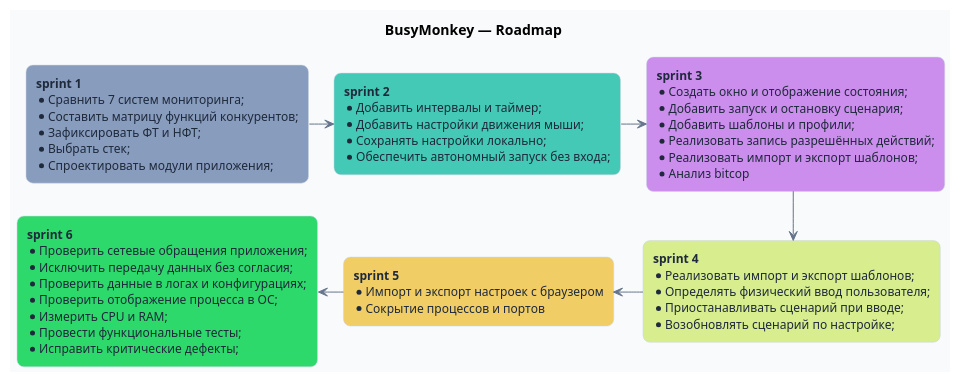
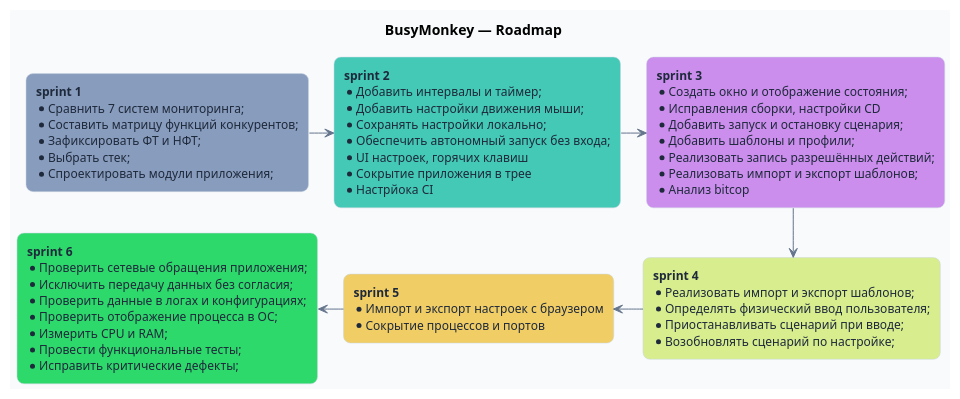
Before and after one commit to sovesti/busymonkey: the diagram in diagrams/raw diagrams/roadmap2.puml, drawn with PlantUML. The commit also changed 1 other file, not shown here.

Commit message:
small changes to roadmap

```diff
--- a/diagrams/raw diagrams/roadmap2.puml
+++ b/diagrams/raw diagrams/roadmap2.puml
@@ -1,84 +1,88 @@
 @startuml
 title BusyMonkey — Roadmap
 
 skinparam backgroundColor #F8FAFC
 skinparam shadowing false
 skinparam roundcorner 14
 skinparam defaultFontName Arial
 skinparam defaultFontSize 12
 skinparam ArrowColor #64748B
 skinparam componentStyle rectangle
 skinparam linetype ortho
 skinparam nodesep 25
 skinparam ranksep 25
 
 skinparam component {
   BorderColor #CBD5E1
   FontColor #1E293B
 }
 
 component S1 #889cbd [
   **sprint 1**
   *Сравнить 7 систем мониторинга;
   *Составить матрицу функций конкурентов;
   *Зафиксировать ФТ и НФТ;
   *Выбрать стек;
   *Спроектировать модули приложения;
 ]
 
 component S2 #44c9b6 [
   **sprint 2**
   *Добавить интервалы и таймер;
   *Добавить настройки движения мыши;
   *Сохранять настройки локально;
   *Обеспечить автономный запуск без входа;
+  *UI настроек, горячих клавиш
+  *Сокрытие приложения в трее
+  *Настрйока CI
 ]
 
 component S3 #cc8eed [
   **sprint 3**
   *Создать окно и отображение состояния;
+  *Исправления сборки, настройки CD
   *Добавить запуск и остановку сценария;
   *Добавить шаблоны и профили;
   *Реализовать запись разрешённых действий;
   *Реализовать импорт и экспорт шаблонов;
   *Анализ bitcop
 ]
 
 component S4 #d7ed8e [
   **sprint 4**
   *Реализовать импорт и экспорт шаблонов;
   *Определять физический ввод пользователя;
   *Приостанавливать сценарий при вводе;
   *Возобновлять сценарий по настройке;
 ]
 
 component S5 #f0cd65 [
   **sprint 5**
   *Импорт и экспорт настроек с браузером
   *Сокрытие процессов и портов
 ]
 
 component S6 #2ed96c [
   **sprint 6**
   *Проверить сетевые обращения приложения;
   *Исключить передачу данных без согласия;
   *Проверить данные в логах и конфигурациях;
   *Проверить отображение процесса в ОС;
   *Измерить CPU и RAM;
   *Провести функциональные тесты;
   *Исправить критические дефекты;
 ]
 
 S1 -r-> S2
 S2 -r-> S3
 S3 -d-> S4
 S4 -l-> S5
 S5 -l-> S6
 
 S1 -[hidden]d-> S6
 S2 -[hidden]d-> S5
 
 scale max 1400*750
 
 
 @enduml
```
